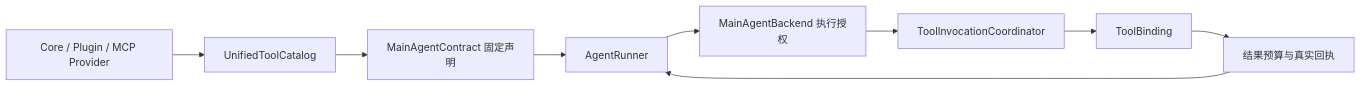
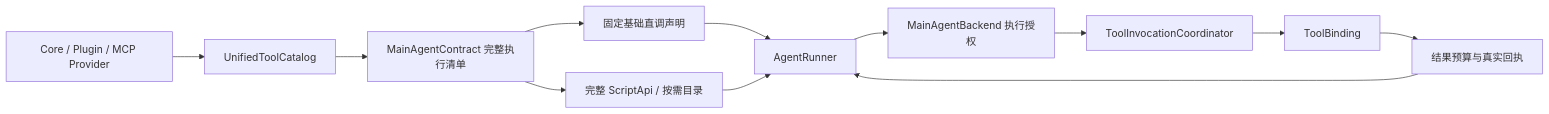
One commit to YuanYeYouTao/Yuki changed the diagram in docs/architecture/tool-kernel.md. Above: the diagram before and after it, drawn with Mermaid. The commit also changed other lines of this file and 60 other files, not shown here.

````diff
--- a/docs/architecture/tool-kernel.md
+++ b/docs/architecture/tool-kernel.md
@@ -33,11 +40,14 @@
 ```mermaid
 flowchart LR
   P[Core / Plugin / MCP Provider] --> D[UnifiedToolCatalog]
-  D --> F[MainAgentContract 固定声明]
-  F --> A[AgentRunner]
+  D --> F[MainAgentContract 完整执行清单]
+  F --> V[固定基础直调声明]
+  F --> S[完整 ScriptApi / 按需目录]
+  V --> A[AgentRunner]
+  S --> A
   A --> E[MainAgentBackend 执行授权]
   E --> I[ToolInvocationCoordinator]
   I --> B[ToolBinding]
   B --> R[结果预算与真实回执]
   R --> A
 ```
````
